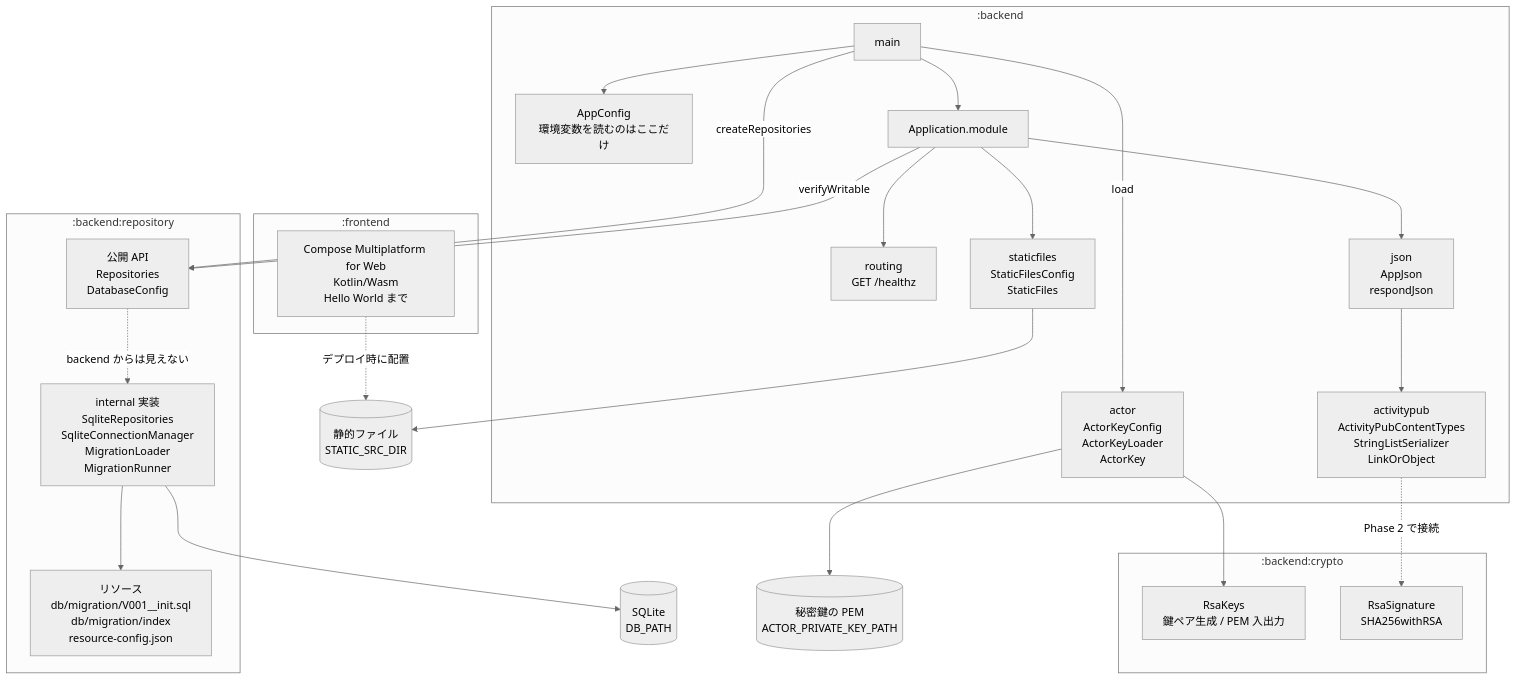
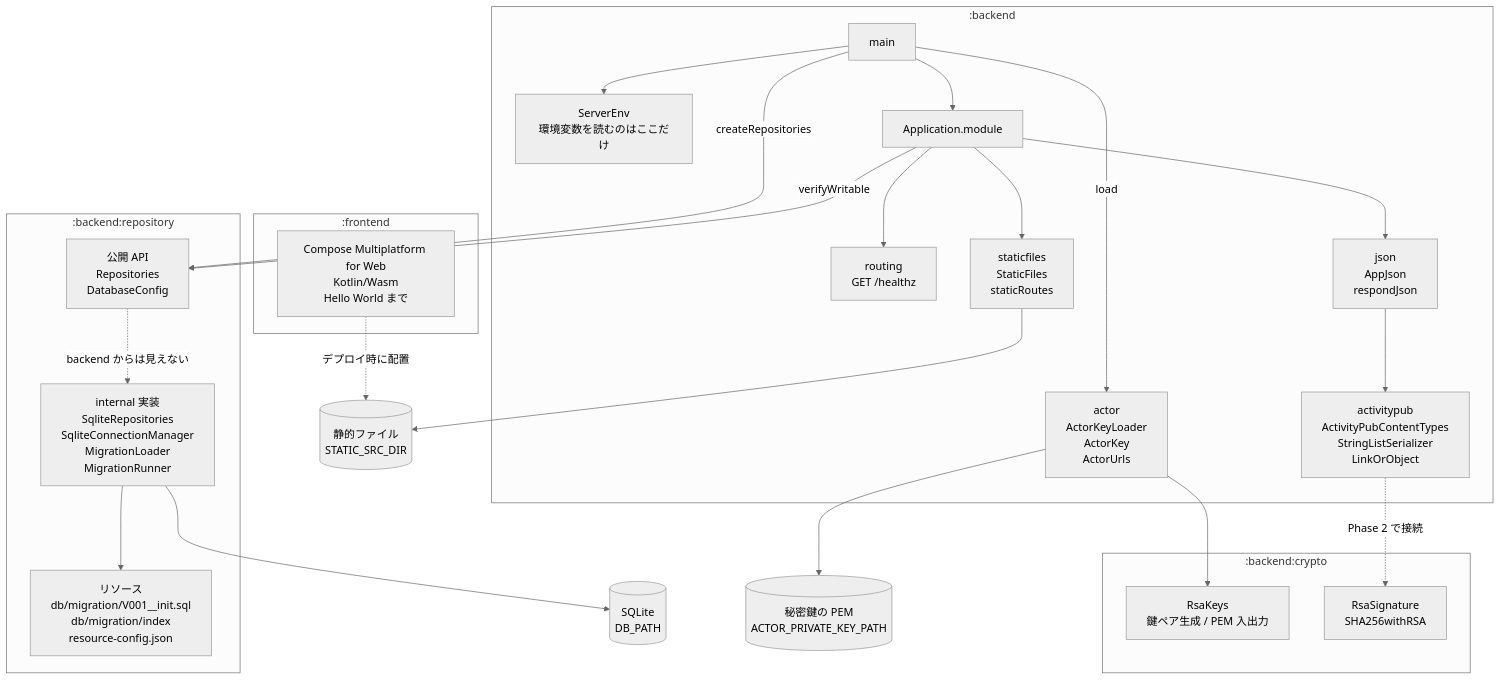
Before and after one commit to matsudamper/mastodon-rss: the diagram in README.md, drawn with Mermaid (neutral theme). The commit also changed other lines of this file and 20 other files, not shown here.

First line of the commit message:
設定を ServerEnv 1 クラスにまとめる

````diff
--- a/README.md
+++ b/README.md
@@ -14,50 +14,50 @@
 ```mermaid
 flowchart TB
     subgraph backend[":backend"]
         main["main"]
-        config["AppConfig<br/>環境変数を読むのはここだけ"]
+        env["ServerEnv<br/>環境変数を読むのはここだけ"]
         module["Application.module"]
         route["routing<br/>GET /healthz"]
         json["json<br/>AppJson<br/>respondJson"]
         ap["activitypub<br/>ActivityPubContentTypes<br/>StringListSerializer<br/>LinkOrObject"]
-        actor["actor<br/>ActorKeyConfig<br/>ActorKeyLoader<br/>ActorKey"]
-        static["staticfiles<br/>StaticFilesConfig<br/>StaticFiles"]
+        actor["actor<br/>ActorKeyLoader<br/>ActorKey<br/>ActorUrls"]
+        static["staticfiles<br/>StaticFiles<br/>staticRoutes"]
     end
 
     subgraph crypto[":backend:crypto"]
         keys["RsaKeys<br/>鍵ペア生成 / PEM 入出力"]
         sign["RsaSignature<br/>SHA256withRSA"]
     end
 
     subgraph repository[":backend:repository"]
         api["公開 API<br/>Repositories<br/>DatabaseConfig"]
         impl["internal 実装<br/>SqliteRepositories<br/>SqliteConnectionManager<br/>MigrationLoader<br/>MigrationRunner"]
         res["リソース<br/>db/migration/V001__init.sql<br/>db/migration/index<br/>resource-config.json"]
     end
 
     subgraph frontend[":frontend"]
         compose["Compose Multiplatform for Web<br/>Kotlin/Wasm<br/>Hello World まで"]
     end
 
     db[("SQLite<br/>DB_PATH")]
 
-    main --> config
+    main --> env
     main --> module
     module --> json
     module --> route
     json --> ap
     main -->|createRepositories| api
     main -->|load| actor
     module -->|verifyWritable| api
     api -.->|backend からは見えない| impl
     impl --> res
     impl --> db
     actor --> keys
     ap -.->|Phase 2 で接続| sign
     key[("秘密鍵の PEM<br/>ACTOR_PRIVATE_KEY_PATH")]
     actor --> key
     dist[("静的ファイル<br/>STATIC_SRC_DIR")]
     module --> static
     static --> dist
     compose -.->|デプロイ時に配置| dist
 ```
````
